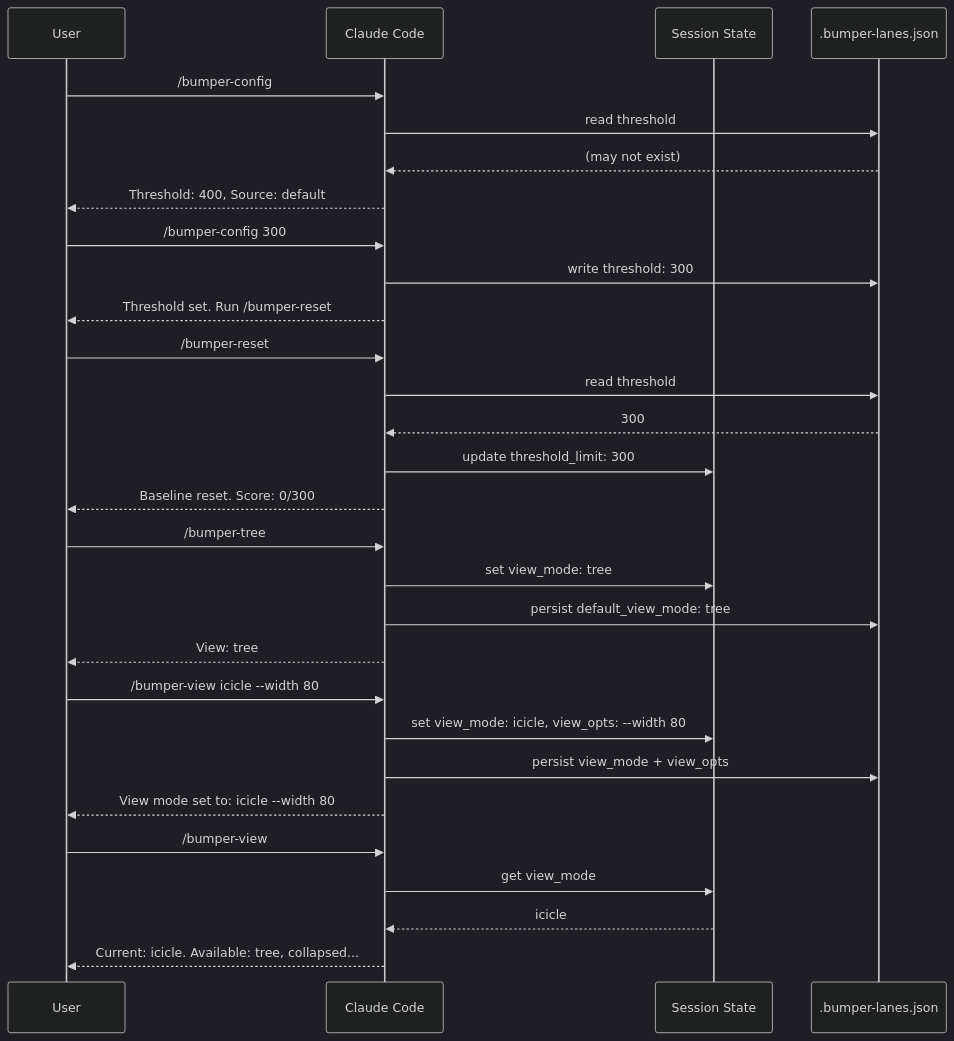
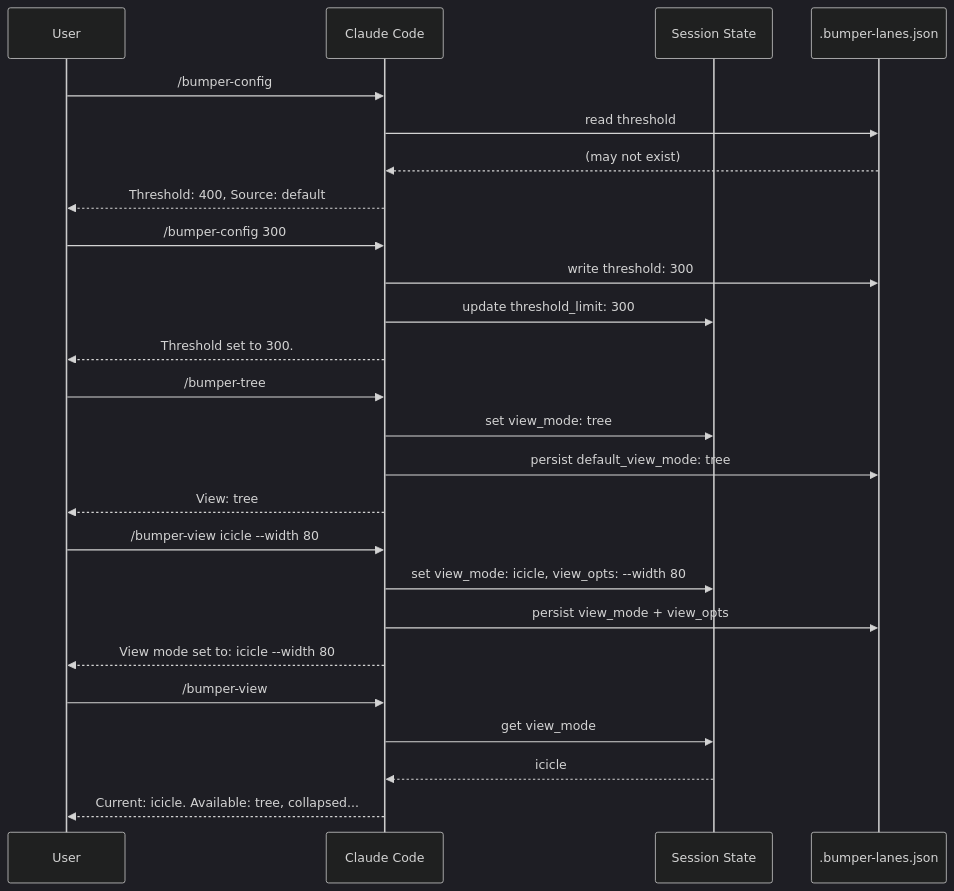
The diagram in docs/configuration-sequence.mmd (kylesnowschwartz/claude-bumper-lanes), drawn with Mermaid (dark theme) before and after one commit. The commit also changed 1 other file, not shown here.

Commit message:
Feat: Auto apply threshold configuration changes

```diff
--- a/docs/configuration-sequence.mmd
+++ b/docs/configuration-sequence.mmd
@@ -1,66 +1,60 @@
 %% Configuration Flow: All ways users configure bumper-lanes
 %% Render: cat configuration-sequence.mmd | mermaid-ascii -f -
 %% Focus: User-facing commands and their effects on storage
 
 sequenceDiagram
     participant User
     participant CC as Claude Code
     participant Sess as Session State
     participant Config as .bumper-lanes.json
 
     %% === THRESHOLD CONFIGURATION ===
 
     %% Show current config
     User->>CC: /bumper-config
     CC->>Config: read threshold
     Config-->>CC: (may not exist)
     CC-->>User: Threshold: 400, Source: default
 
-    %% Set threshold
+    %% Set threshold (applies immediately)
     User->>CC: /bumper-config 300
     CC->>Config: write threshold: 300
-    CC-->>User: Threshold set. Run /bumper-reset
-
-    %% Apply threshold change (manual step!)
-    User->>CC: /bumper-reset
-    CC->>Config: read threshold
-    Config-->>CC: 300
     CC->>Sess: update threshold_limit: 300
-    CC-->>User: Baseline reset. Score: 0/300
+    CC-->>User: Threshold set to 300.
 
     %% === VIEW MODE CONFIGURATION ===
 
     %% Per-mode command (immediate, no opts)
     User->>CC: /bumper-tree
     CC->>Sess: set view_mode: tree
     CC->>Config: persist default_view_mode: tree
     CC-->>User: View: tree
 
     %% View command with opts (both persisted now)
     User->>CC: /bumper-view icicle --width 80
     CC->>Sess: set view_mode: icicle, view_opts: --width 80
     CC->>Config: persist view_mode + view_opts
     CC-->>User: View mode set to: icicle --width 80
 
     %% Show current view mode
     User->>CC: /bumper-view
     CC->>Sess: get view_mode
     Sess-->>CC: icicle
     CC-->>User: Current: icicle. Available: tree, collapsed...
 
 %% ============================================================
 %% VALIDATION REFERENCES
 %% ============================================================
 %% - Config load: internal/config/config.go:66-110
-%% - Threshold set: internal/hooks/prompt_handler.go:209-247
+%% - Threshold set: internal/hooks/prompt_handler.go:209-253
 %% - View mode set: internal/hooks/prompt_handler.go:152-207
 %% - View opts storage: internal/state/session.go:27-28
 %% - Persist view: internal/hooks/view.go:63-72
 %%
 %% CONFIGURATION SURFACE AREA
 %% - Threshold: 50-2000 points (default 400)
 %% - View modes: tree, collapsed, smart, topn, icicle, brackets
 %% - View opts: --width N, --depth N (now persisted!)
 %%
 %% Config file: .bumper-lanes.json at repo root
 %% Users can add to .gitignore if they don't want to track
```
